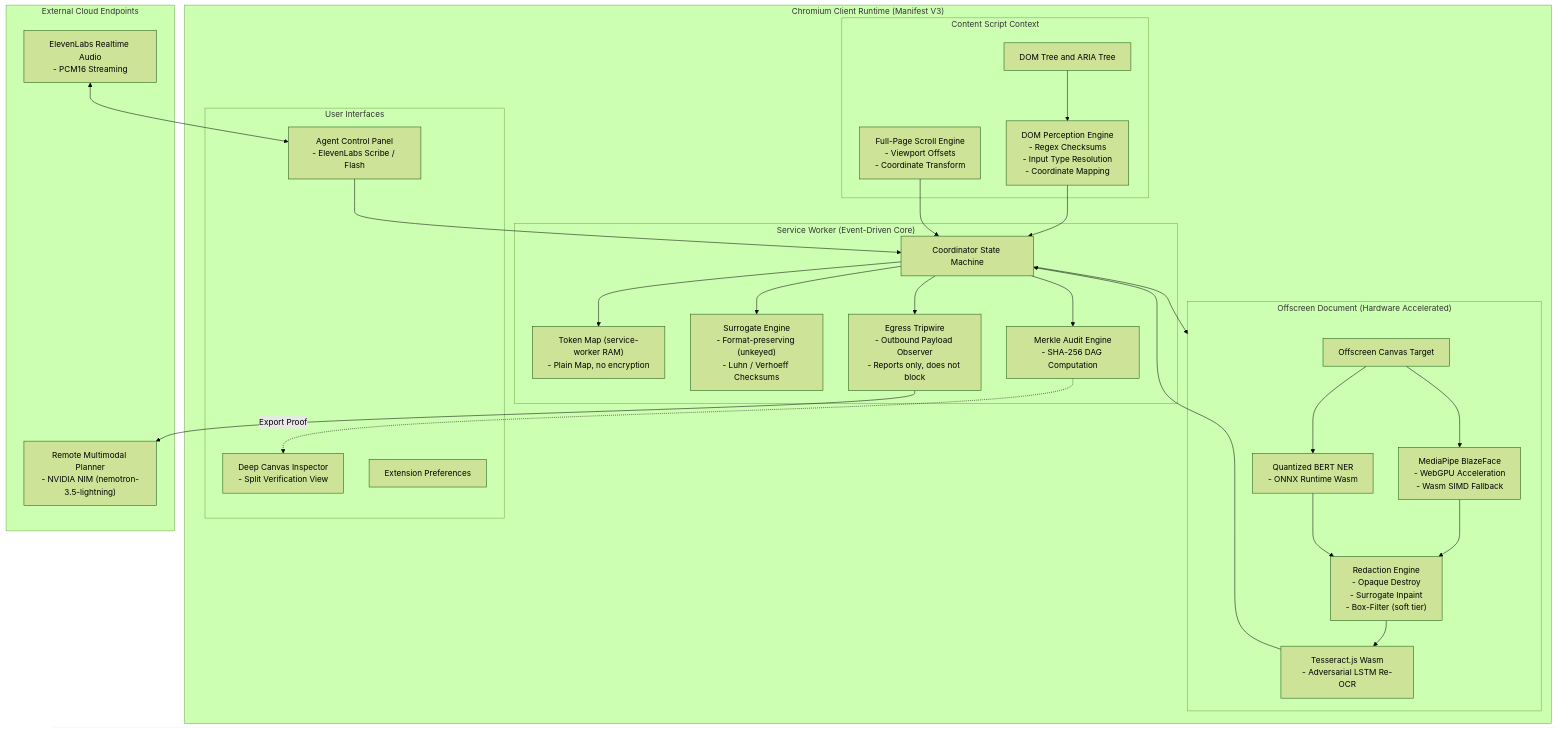
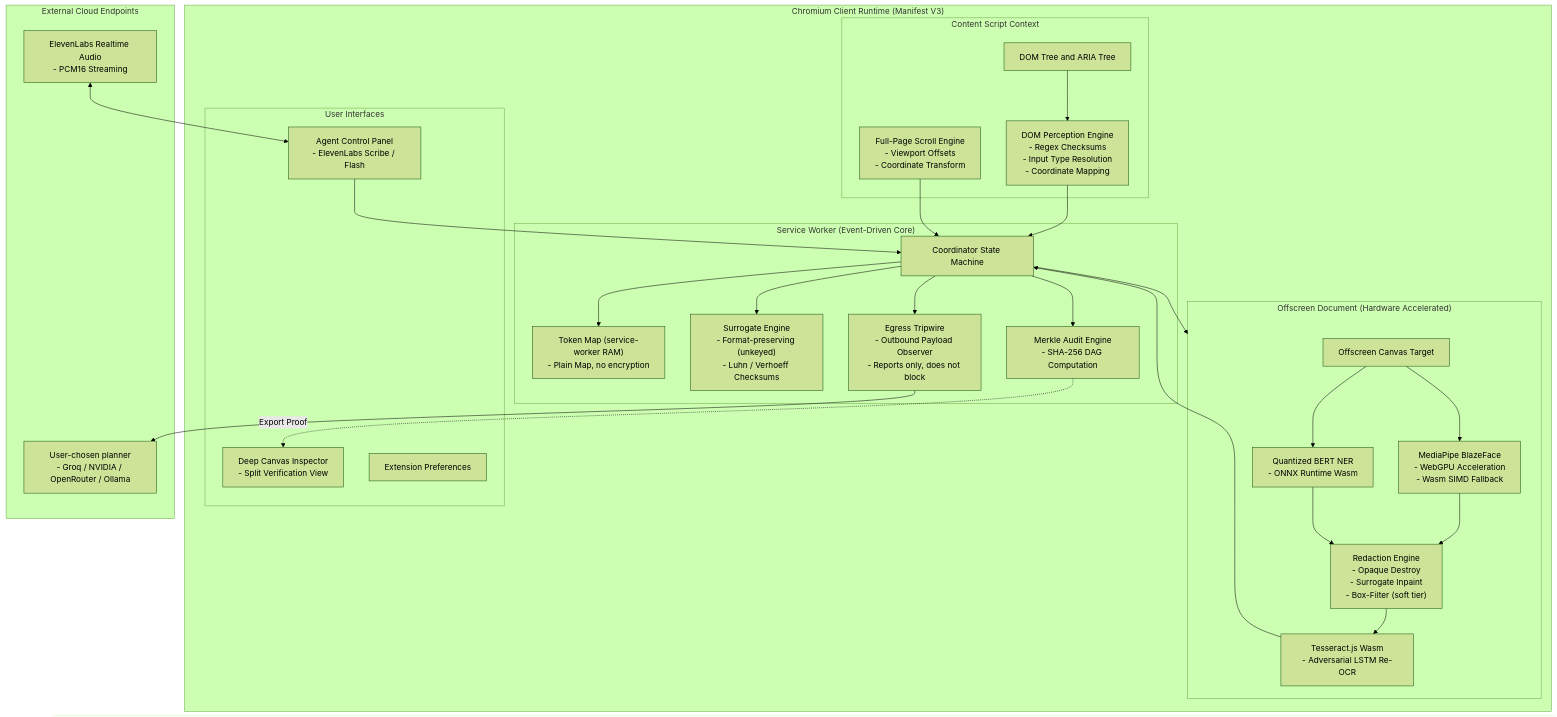
Before and after one commit to shashank-tomar0/pry: the first of 5 diagrams in README.md, drawn with Mermaid (forest theme). The commit also changed other lines of this file, not shown here.

````diff
--- a/README.md
+++ b/README.md
@@ -96,56 +91,56 @@
 ```mermaid
 flowchart TD
     subgraph ClientBrowser["Chromium Client Runtime (Manifest V3)"]
         subgraph IsolatedWorld["Content Script Context"]
             DOM["DOM Tree and ARIA Tree"]
             DOMScanner["DOM Perception Engine<br/>- Regex Checksums<br/>- Input Type Resolution<br/>- Coordinate Mapping"]
             Stitcher["Full-Page Scroll Engine<br/>- Viewport Offsets<br/>- Coordinate Transform"]
         end
 
         subgraph BackgroundSW["Service Worker (Event-Driven Core)"]
             Controller["Coordinator State Machine"]
             Vault["Token Map (service-worker RAM)<br/>- Plain Map, no encryption"]
             FPE["Surrogate Engine<br/>- Format-preserving (unkeyed)<br/>- Luhn / Verhoeff Checksums"]
             Merkle["Merkle Audit Engine<br/>- SHA-256 DAG Computation"]
             Tripwire["Egress Tripwire<br/>- Outbound Payload Observer<br/>- Reports only, does not block"]
         end
 
         subgraph OffscreenEnv["Offscreen Document (Hardware Accelerated)"]
             Canvas["Offscreen Canvas Target"]
             BlazeFace["MediaPipe BlazeFace<br/>- WebGPU Acceleration<br/>- Wasm SIMD Fallback"]
             BERT["Quantized BERT NER<br/>- ONNX Runtime Wasm"]
             Convolution["Redaction Engine<br/>- Opaque Destroy<br/>- Surrogate Inpaint<br/>- Box-Filter (soft tier)"]
             AdversarialOCR["Tesseract.js Wasm<br/>- Adversarial LSTM Re-OCR"]
         end
 
         subgraph UserInterfaces["User Interfaces"]
             Sidepanel["Agent Control Panel<br/>- ElevenLabs Scribe / Flash"]
             Inspector["Deep Canvas Inspector<br/>- Split Verification View"]
             Options["Extension Preferences"]
         end
     end
 
     subgraph ExternalCloud["External Cloud Endpoints"]
-        InferenceAPI["Remote Multimodal Planner<br/>- NVIDIA NIM (nemotron-3.5-lightning)"]
+        InferenceAPI["User-chosen planner<br/>- Groq / NVIDIA / OpenRouter / Ollama"]
         VoiceAPI["ElevenLabs Realtime Audio<br/>- PCM16 Streaming"]
     end
 
     DOM --> DOMScanner
     DOMScanner --> Controller
     Stitcher --> Controller
     Controller --> OffscreenEnv
     Canvas --> BlazeFace
     Canvas --> BERT
     BlazeFace --> Convolution
     BERT --> Convolution
     Convolution --> AdversarialOCR
     AdversarialOCR --> Controller
     Controller --> Vault
     Controller --> FPE
     Controller --> Merkle
     Controller --> Tripwire
     Tripwire --> InferenceAPI
     Sidepanel --> Controller
     VoiceAPI <--> Sidepanel
     Merkle -. Export Proof .-> Inspector
 ```
````
